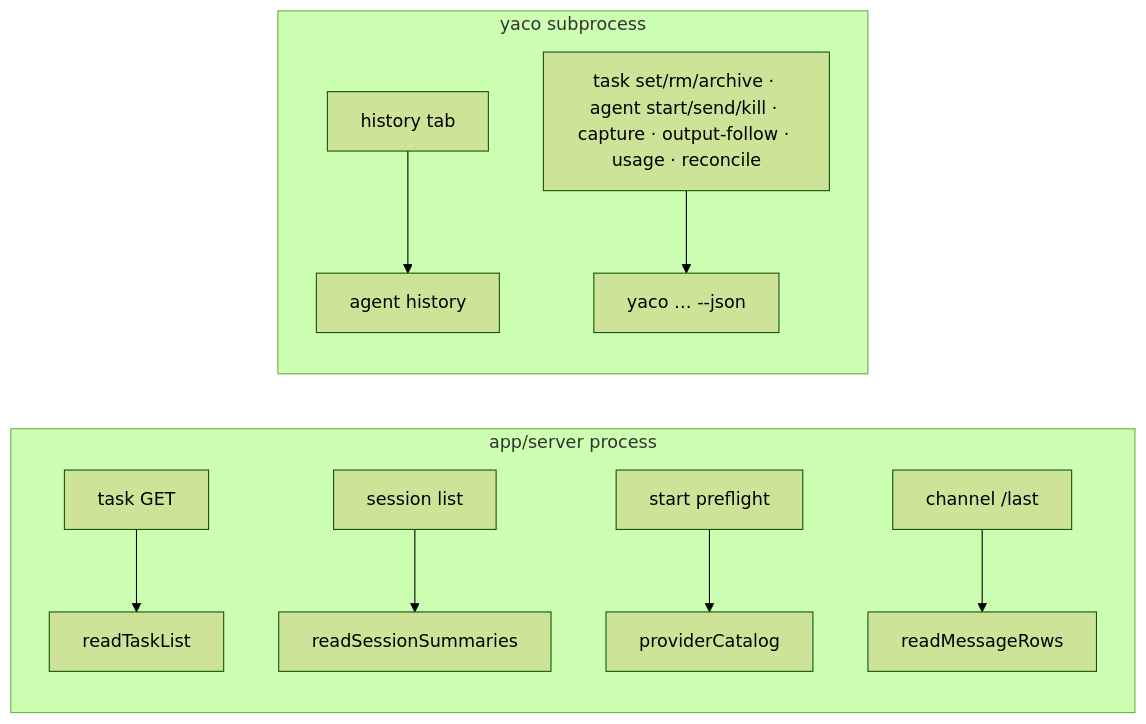
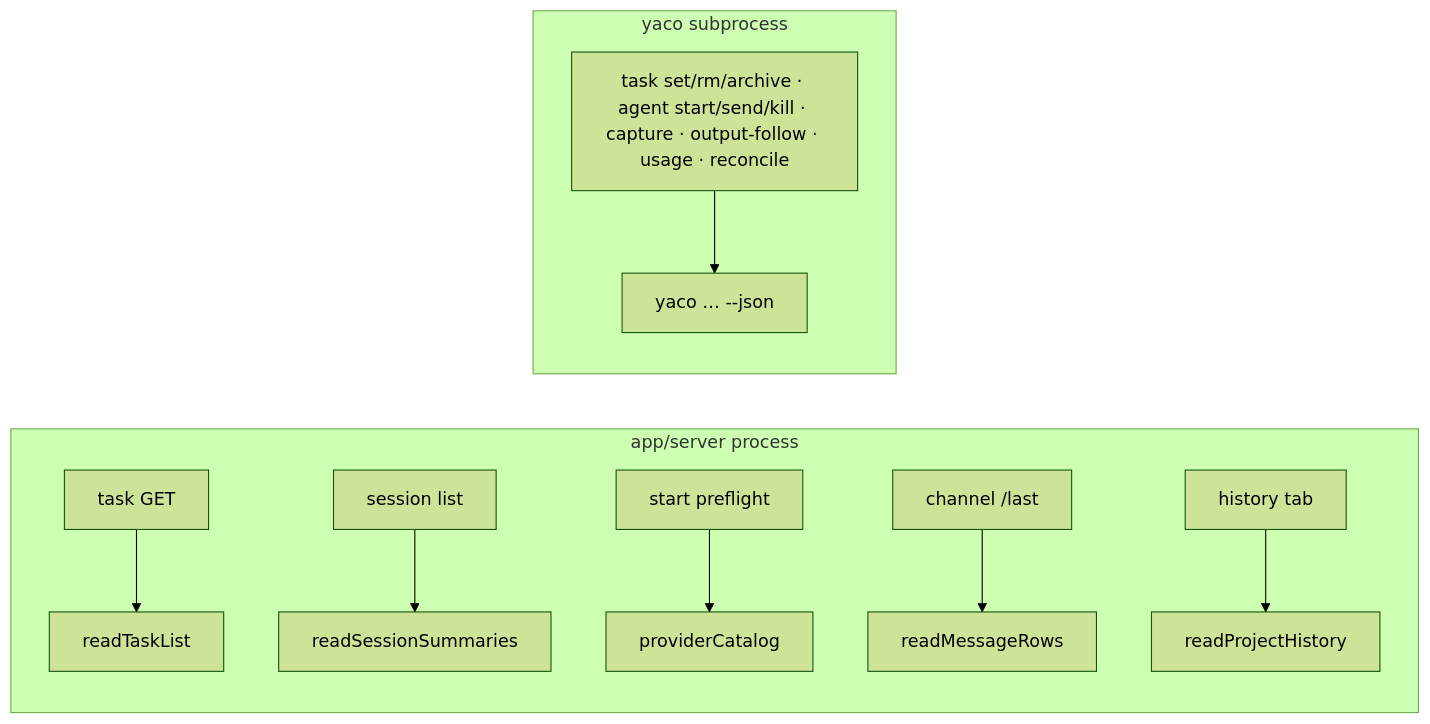
The diagram in doc/main/cli/read-path.md (imoonkey/yaco), drawn with Mermaid (forest theme) before and after one commit. The commit also changed other lines of this file and 6 other files, not shown here.

First line of the commit message:
docs: the history read is cutover 5, and the instrument corrections that got it there

````diff
--- a/doc/main/cli/read-path.md
+++ b/doc/main/cli/read-path.md
@@ -20,13 +20,13 @@
 ```mermaid
 flowchart LR
   subgraph S["app/server process"]
     T["task GET"] --> RT["readTaskList"]
     L["session list"] --> RS["readSessionSummaries"]
     ST["start preflight"] --> PC["providerCatalog"]
     C["channel /last"] --> RM["readMessageRows"]
+    H["history tab"] --> RH["readProjectHistory"]
   end
   subgraph P["yaco subprocess"]
-    H["history tab"] --> HC["agent history"]
     M["task set/rm/archive · agent start/send/kill · capture · output-follow · usage · reconcile"] --> MC["yaco …  --json"]
   end
 ```
````
